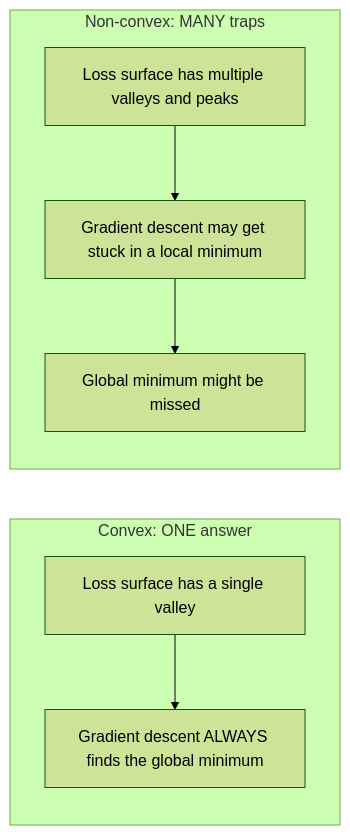
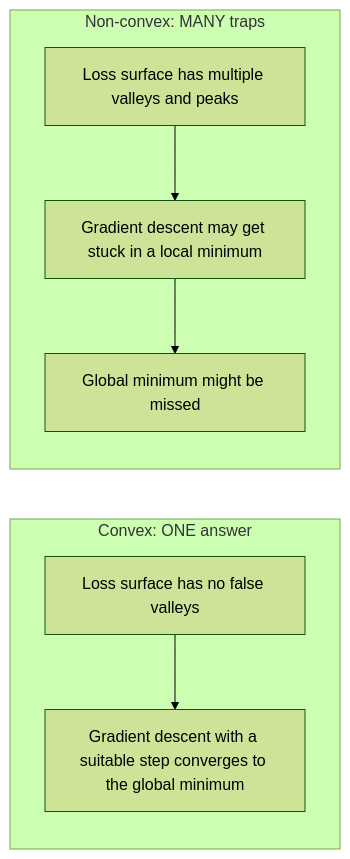
One commit to cluster1900/ai-engineering-from-scratch-zh changed the first of 4 diagrams in phases/01-math-foundations/18-convex-optimization/docs/en.md. Above: the diagram before and after it, drawn with Mermaid (forest theme). The commit also changed other lines of this file and 82 other files, not shown here.

````diff
--- a/phases/01-math-foundations/18-convex-optimization/docs/en.md
+++ b/phases/01-math-foundations/18-convex-optimization/docs/en.md
@@ -96,12 +96,12 @@
 ```mermaid
 graph LR
     subgraph "Convex: ONE answer"
         direction TB
-        C1["Loss surface has a single valley"] --> C2["Gradient descent ALWAYS finds the global minimum"]
+        C1["Loss surface has no false valleys"] --> C2["Gradient descent with a suitable step converges to the global minimum"]
     end
     subgraph "Non-convex: MANY traps"
         direction TB
         N1["Loss surface has multiple valleys and peaks"] --> N2["Gradient descent may get stuck in a local minimum"]
         N2 --> N3["Global minimum might be missed"]
     end
 ```
````
